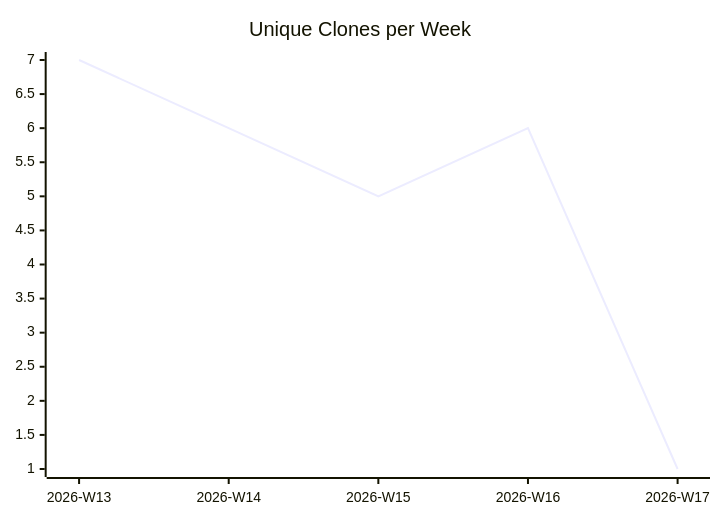
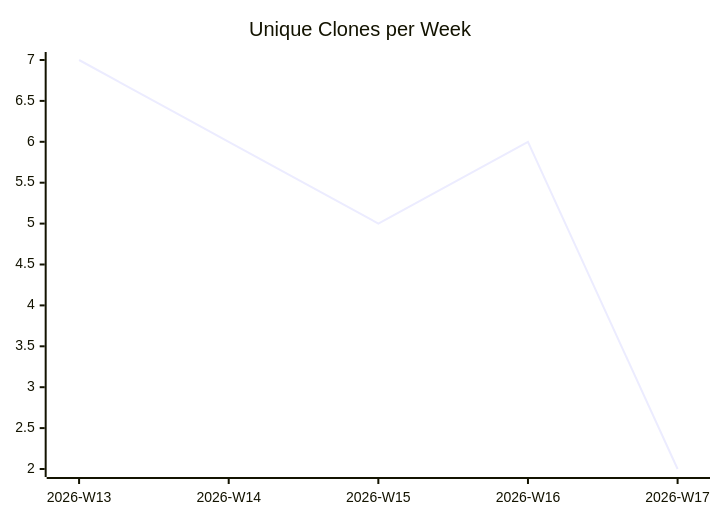
Before and after one commit to justdavis-family/github-analytics-data: the third of 3 diagrams in karlmdavis/lego-ev3dev-rs/README.md, drawn with Mermaid. The commit also changed other lines of this file and 198 other files, not shown here.

````diff
--- a/karlmdavis/lego-ev3dev-rs/README.md
+++ b/karlmdavis/lego-ev3dev-rs/README.md
@@ -19,6 +19,6 @@
 ```mermaid
 xychart-beta
   title "Unique Clones per Week"
   x-axis ["2026-W13", "2026-W14", "2026-W15", "2026-W16", "2026-W17"]
-  line [7, 6, 5, 6, 1]
+  line [7, 6, 5, 6, 2]
 ```
````
